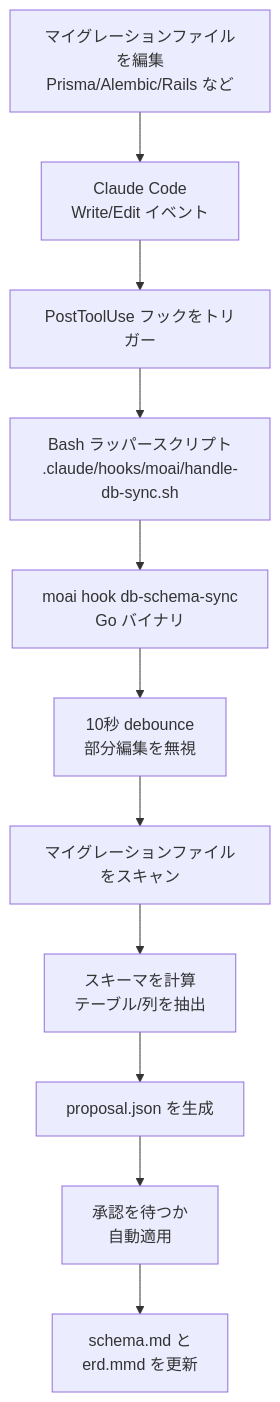
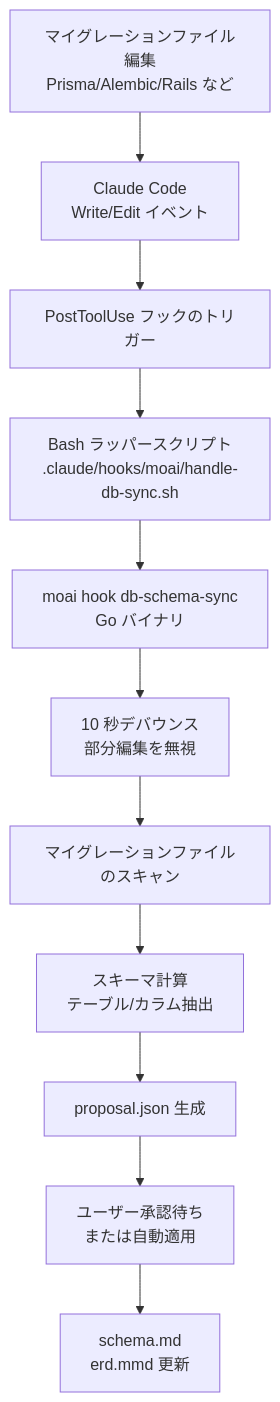
Before and after one commit to modu-ai/moai-adk: the diagram in docs-site/content/ja/db/schema-sync.md, drawn with Mermaid. The commit also changed other lines of this file and 395 other files, not shown here.

````diff
--- a/docs-site/content/ja/db/schema-sync.md
+++ b/docs-site/content/ja/db/schema-sync.md
@@ -14,13 +17,13 @@
 ```mermaid
 flowchart TD
-    A["マイグレーションファイルを編集<br/>Prisma/Alembic/Rails など"] --> B["Claude Code<br/>Write/Edit イベント"]
-    B --> C["PostToolUse フックをトリガー"]
+    A["マイグレーションファイル編集<br/>Prisma/Alembic/Rails など"] --> B["Claude Code<br/>Write/Edit イベント"]
+    B --> C["PostToolUse フックのトリガー"]
     C --> D["Bash ラッパースクリプト<br/>.claude/hooks/moai/handle-db-sync.sh"]
     D --> E["moai hook db-schema-sync<br/>Go バイナリ"]
-    E --> F["10秒 debounce<br/>部分編集を無視"]
-    F --> G["マイグレーションファイルをスキャン"]
-    G --> H["スキーマを計算<br/>テーブル/列を抽出"]
-    H --> I["proposal.json を生成"]
-    I --> J["承認を待つか<br/>自動適用"]
-    J --> K["schema.md と<br/>erd.mmd を更新"]
+    E --> F["10 秒デバウンス<br/>部分編集を無視"]
+    F --> G["マイグレーションファイルのスキャン"]
+    G --> H["スキーマ計算<br/>テーブル/カラム抽出"]
+    H --> I["proposal.json 生成"]
+    I --> J["ユーザー承認待ち<br/>または自動適用"]
+    J --> K["schema.md<br/>erd.mmd 更新"]
 ```
````
